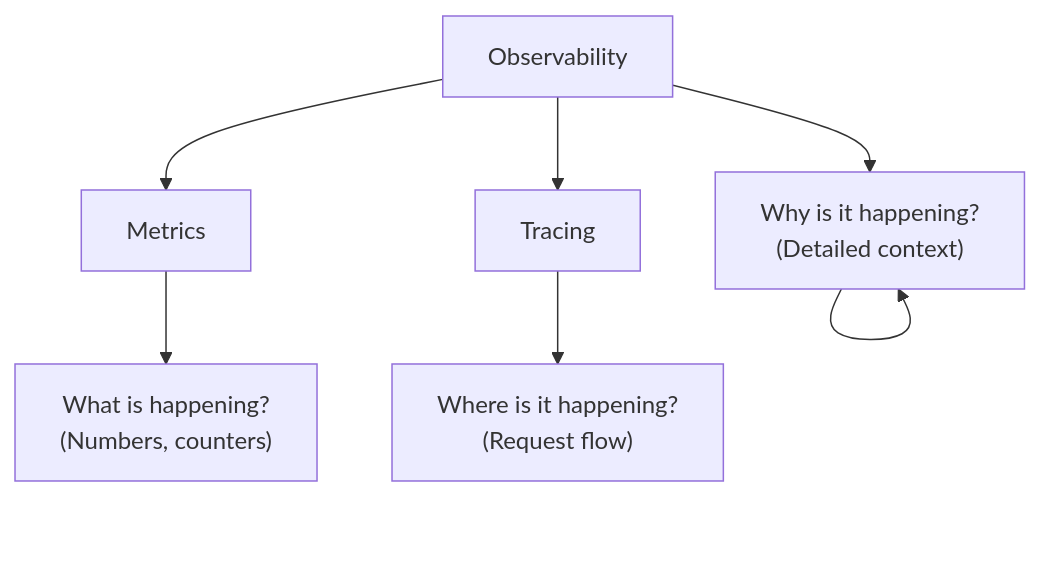
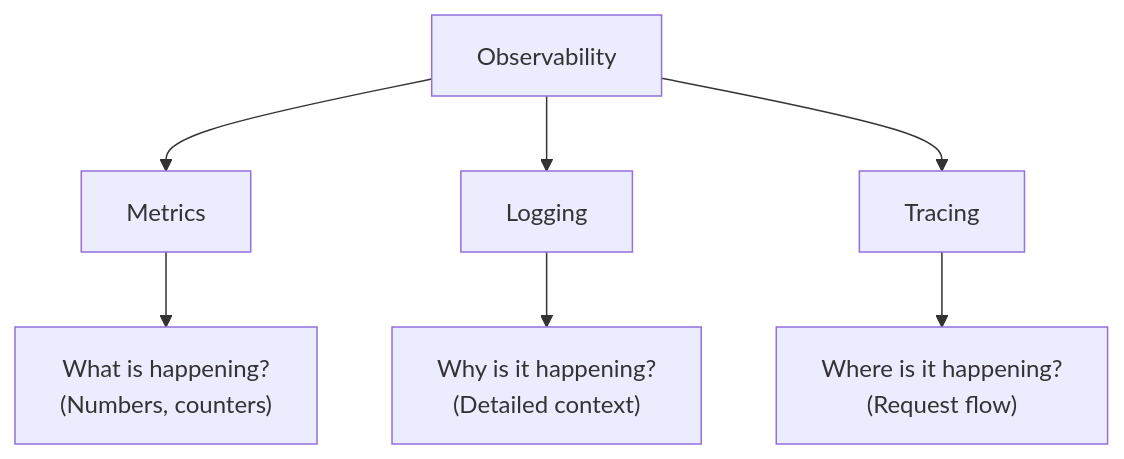
The first of 12 diagrams in src/distributed/microservices/observability.md (vanos001/placement_prep), drawn with Mermaid before and after one commit. The commit also changed 14 other files, not shown here.

````diff
--- a/src/distributed/microservices/observability.md
+++ b/src/distributed/microservices/observability.md
@@ -9,10 +9,10 @@
 ```mermaid
 graph TD
     O[Observability] --> M[Metrics]
     O --> L[Logging]
     O --> T[Tracing]
     
     M --> M1["What is happening?\n(Numbers, counters)"]
-    L --> L["Why is it happening?\n(Detailed context)"]
+    L --> L1["Why is it happening?\n(Detailed context)"]
     T --> T1["Where is it happening?\n(Request flow)"]
 ```
````
